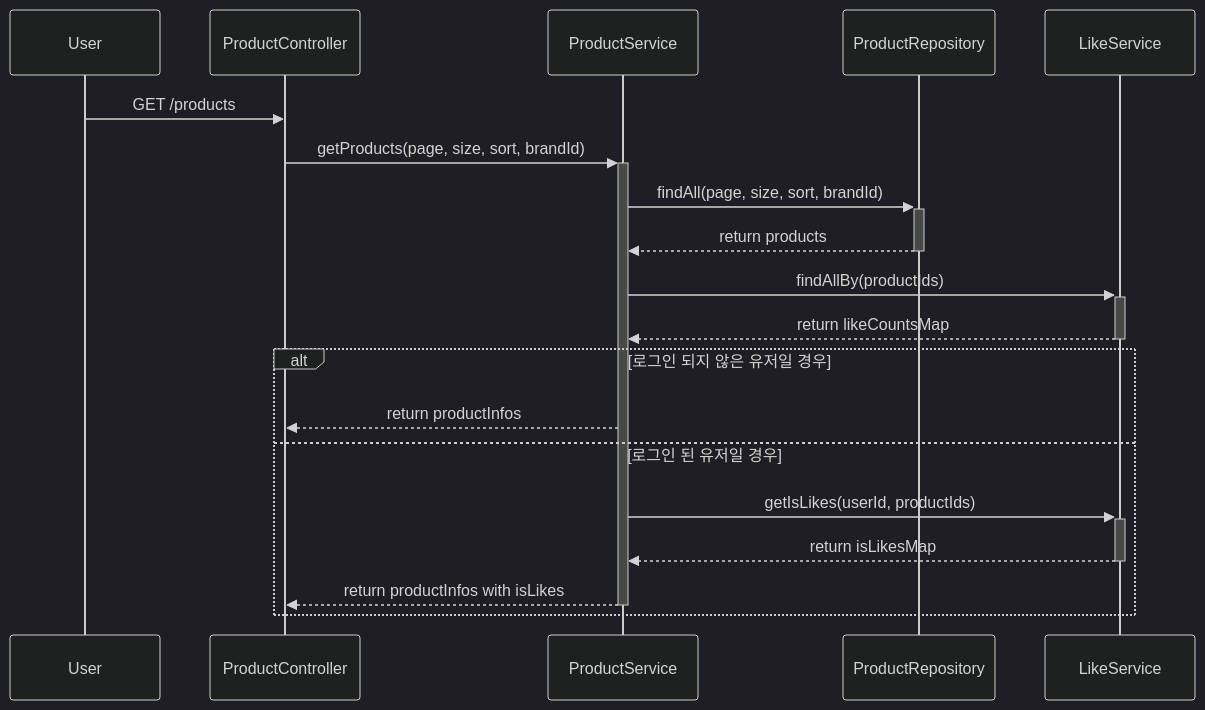
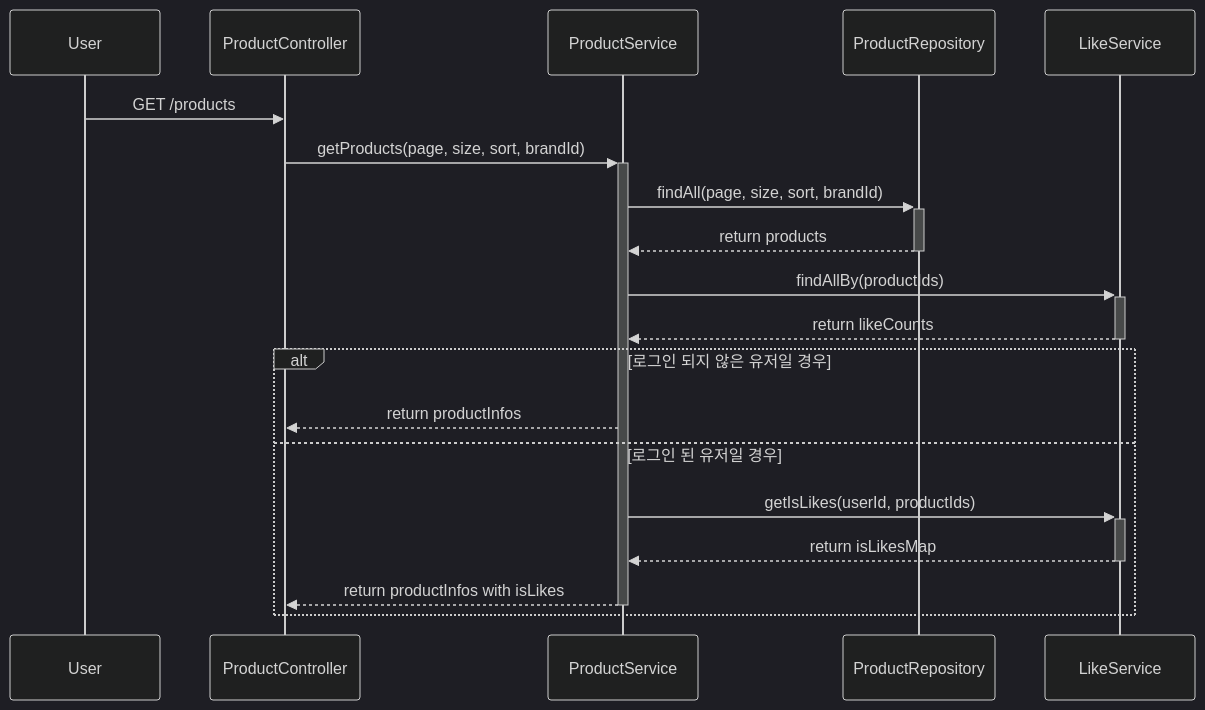
The second of 9 diagrams in docs/design/02-sequence-diagrams.md (moonjin-kim/door-commerce), drawn with Mermaid (dark theme) before and after one commit. The commit also changed 1 other file, not shown here.

Commit message:
doc: 요구사항 정의서에서 유저 좋아요 취소 기능에 멱등성이 정의되지 않았던 내용 수정

````diff
--- a/docs/design/02-sequence-diagrams.md
+++ b/docs/design/02-sequence-diagrams.md
@@ -26,23 +26,23 @@
 ```mermaid
 sequenceDiagram
     participant User
     participant ProductController
     participant ProductService
     participant ProductRepository
     participant LikeService
     
     User->>ProductController: GET /products
     ProductController->>+ProductService: getProducts(page, size, sort, brandId)
     ProductService->>+ProductRepository: findAll(page, size, sort, brandId)
     ProductRepository-->>-ProductService: return products
     ProductService->>+LikeService: findAllBy(productIds)
-    LikeService-->>-ProductService: return likeCountsMap
+    LikeService-->>-ProductService: return likeCounts
     alt 로그인 되지 않은 유저일 경우
         ProductService-->>ProductController: return productInfos
     else 로그인 된 유저일 경우
         ProductService->>+LikeService: getIsLikes(userId, productIds)
         LikeService-->>-ProductService: return isLikesMap
         ProductService-->>-ProductController: return productInfos with isLikes
     end
     
 ```
````
